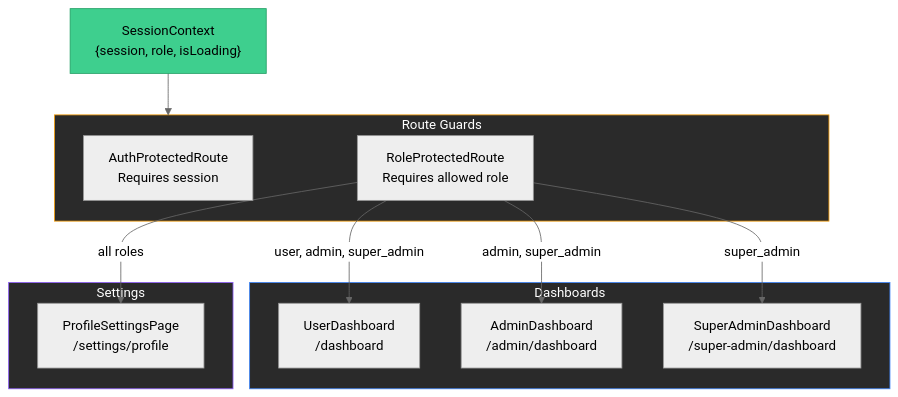
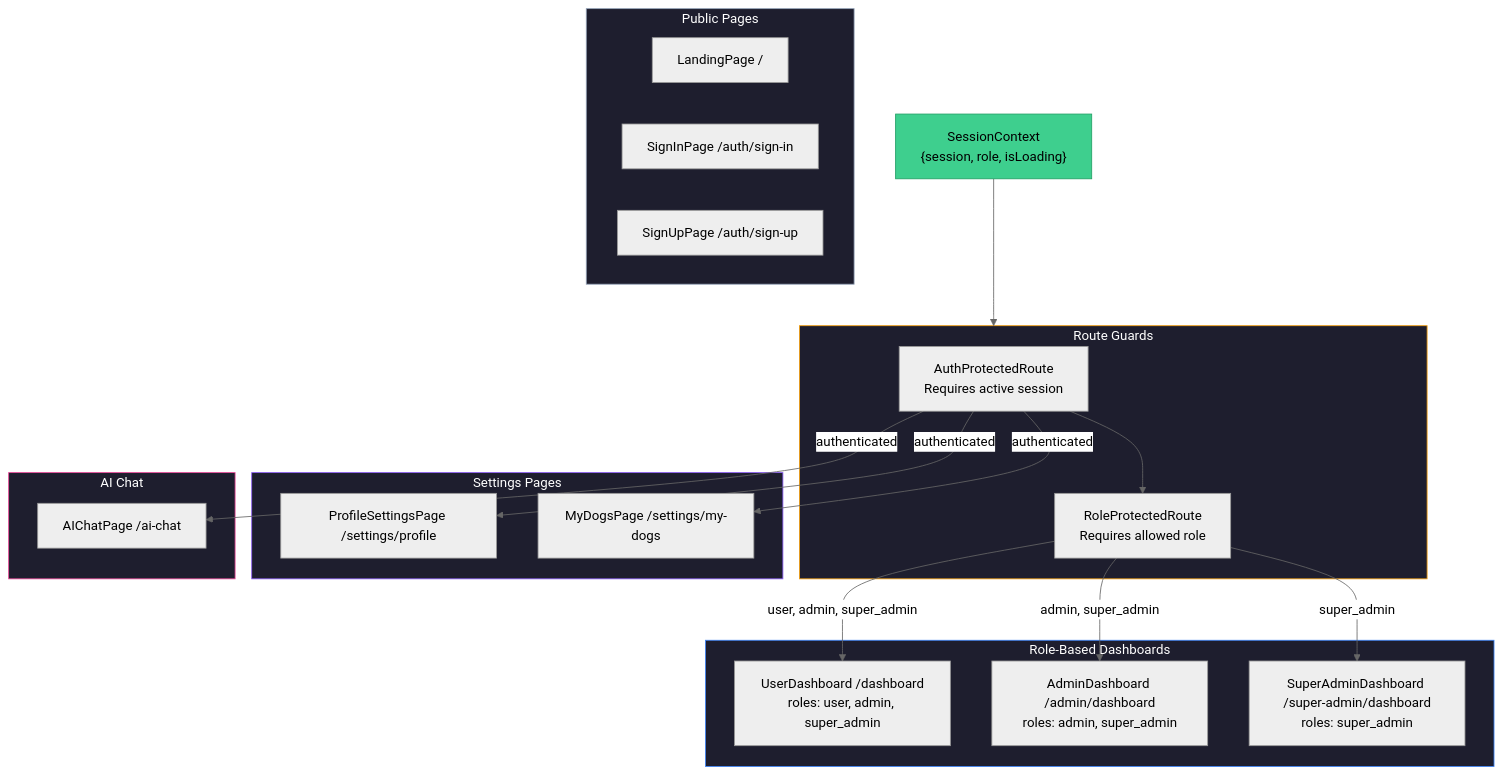
Diagram 19 of 20 in README.md (rezanaidji/PawConnect-Claude), drawn with Mermaid (neutral theme) before and after one commit. The commit also changed other lines of this file, not shown here.

Commit message:
docs: comprehensive README with all 20 UML diagrams and full architecture documentation

````diff
--- a/README.md
+++ b/README.md
@@ -178,30 +1138,46 @@
 ```mermaid
 flowchart TD
-    Session["SessionContext<br/>{session, role, isLoading}"]
+    Session["SessionContext\n{session, role, isLoading}"]
 
     subgraph Guards["Route Guards"]
-        Auth["AuthProtectedRoute<br/>Requires session"]
-        Role["RoleProtectedRoute<br/>Requires allowed role"]
+        Auth["AuthProtectedRoute\nRequires active session"]
+        Role["RoleProtectedRoute\nRequires allowed role"]
     end
 
-    subgraph Dashboards["Dashboards"]
-        UD["UserDashboard<br/>/dashboard"]
-        AD["AdminDashboard<br/>/admin/dashboard"]
-        SAD["SuperAdminDashboard<br/>/super-admin/dashboard"]
+    subgraph Public["Public Pages"]
+        LP["LandingPage /"]
+        SI["SignInPage /auth/sign-in"]
+        SU["SignUpPage /auth/sign-up"]
     end
 
-    subgraph Settings["Settings"]
-        PS["ProfileSettingsPage<br/>/settings/profile"]
+    subgraph Dashboards["Role-Based Dashboards"]
+        UD["UserDashboard /dashboard\nroles: user, admin, super_admin"]
+        AD["AdminDashboard /admin/dashboard\nroles: admin, super_admin"]
+        SAD["SuperAdminDashboard /super-admin/dashboard\nroles: super_admin"]
+    end
+
+    subgraph Settings["Settings Pages"]
+        PS2["ProfileSettingsPage /settings/profile"]
+        MD["MyDogsPage /settings/my-dogs"]
+    end
+
+    subgraph Chat["AI Chat"]
+        AC["AIChatPage /ai-chat"]
     end
 
     Session --> Guards
+    Auth --> Role
     Role -->|"user, admin, super_admin"| UD
     Role -->|"admin, super_admin"| AD
     Role -->|"super_admin"| SAD
-    Role -->|"all roles"| PS
+    Auth -->|"authenticated"| PS2
+    Auth -->|"authenticated"| MD
+    Auth -->|"authenticated"| AC
 
     style Session fill:#3ecf8e,stroke:#229f65,color:#000
-    style Guards fill:#2a2a2a,stroke:#f59e0b,color:#fff
-    style Dashboards fill:#2a2a2a,stroke:#3b82f6,color:#fff
-    style Settings fill:#2a2a2a,stroke:#8b5cf6,color:#fff
+    style Guards fill:#1e1e2e,stroke:#f59e0b,color:#fff
+    style Public fill:#1e1e2e,stroke:#94a3b8,color:#fff
+    style Dashboards fill:#1e1e2e,stroke:#3b82f6,color:#fff
+    style Settings fill:#1e1e2e,stroke:#8b5cf6,color:#fff
+    style Chat fill:#1e1e2e,stroke:#ec4899,color:#fff
 ```
````
